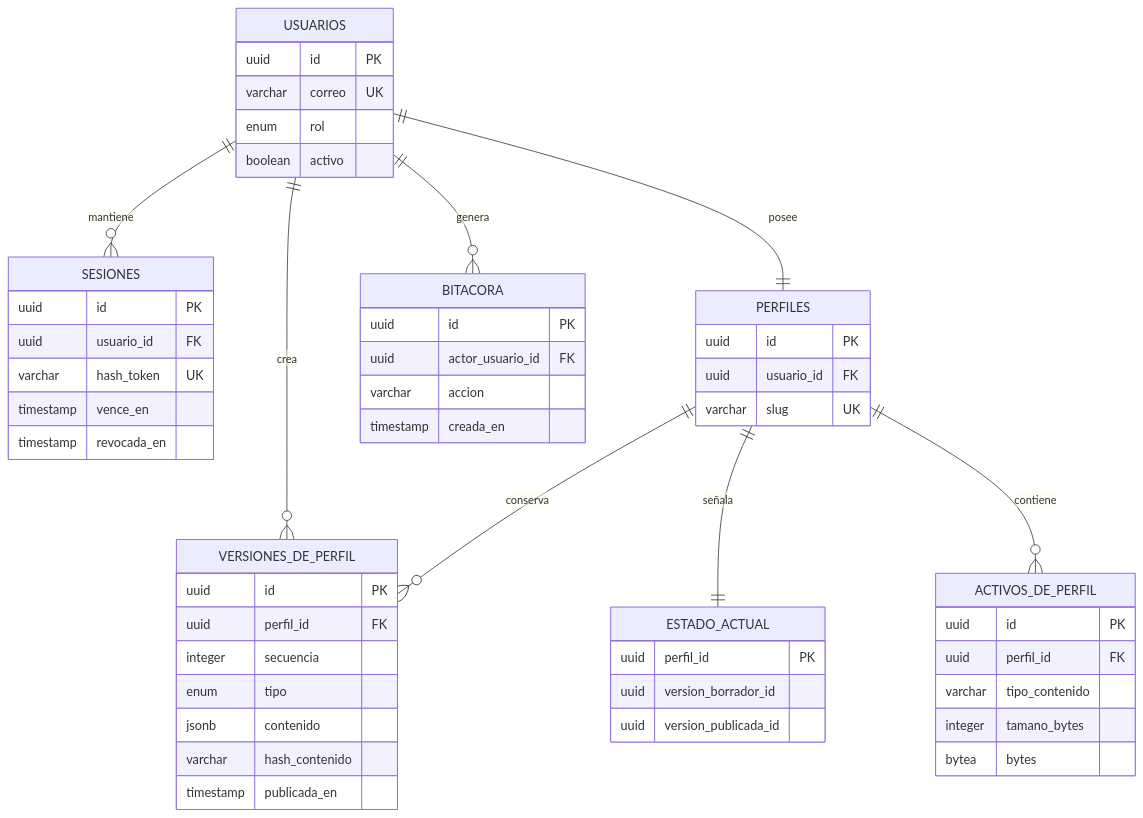
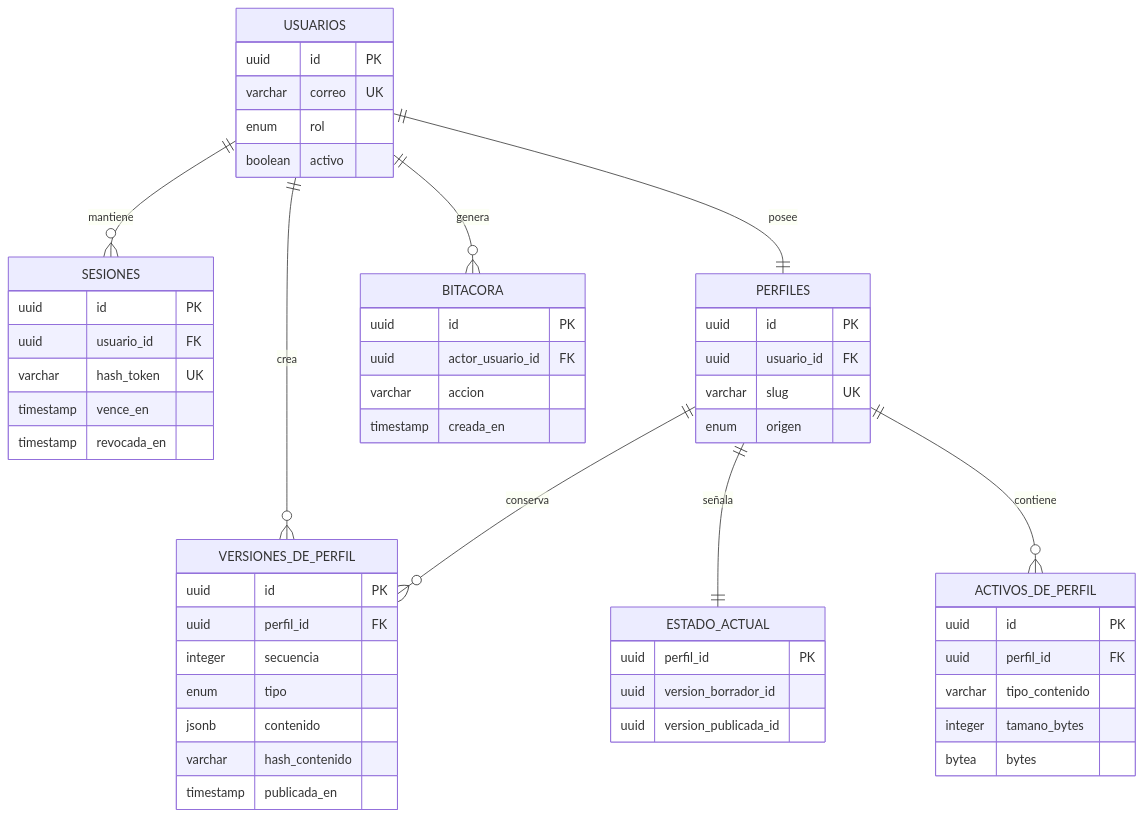
The second of 2 diagrams in README.md (danieldelangel03-arch/E-CV), drawn with Mermaid before and after one commit. The commit also changed other lines of this file and 31 other files, not shown here.

````diff
--- a/README.md
+++ b/README.md
@@ -43,56 +43,57 @@
 ```mermaid
 erDiagram
   USUARIOS {
     uuid id PK
     varchar correo UK
     enum rol
     boolean activo
   }
   SESIONES {
     uuid id PK
     uuid usuario_id FK
     varchar hash_token UK
     timestamp vence_en
     timestamp revocada_en
   }
   PERFILES {
     uuid id PK
     uuid usuario_id FK
-    varchar slug UK
+  varchar slug UK
+  enum origen
   }
   VERSIONES_DE_PERFIL {
     uuid id PK
     uuid perfil_id FK
     integer secuencia
     enum tipo
     jsonb contenido
     varchar hash_contenido
     timestamp publicada_en
   }
   ESTADO_ACTUAL {
     uuid perfil_id PK
     uuid version_borrador_id
     uuid version_publicada_id
   }
   ACTIVOS_DE_PERFIL {
     uuid id PK
     uuid perfil_id FK
     varchar tipo_contenido
     integer tamano_bytes
     bytea bytes
   }
   BITACORA {
     uuid id PK
     uuid actor_usuario_id FK
     varchar accion
     timestamp creada_en
   }
 
   USUARIOS ||--o{ SESIONES : mantiene
   USUARIOS ||--|| PERFILES : posee
   USUARIOS ||--o{ VERSIONES_DE_PERFIL : crea
   USUARIOS ||--o{ BITACORA : genera
   PERFILES ||--o{ VERSIONES_DE_PERFIL : conserva
   PERFILES ||--|| ESTADO_ACTUAL : señala
   PERFILES ||--o{ ACTIVOS_DE_PERFIL : contiene
 ```
````
